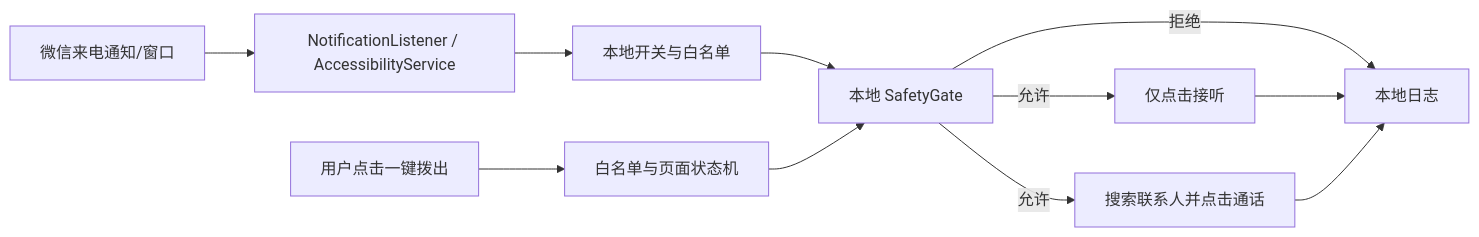
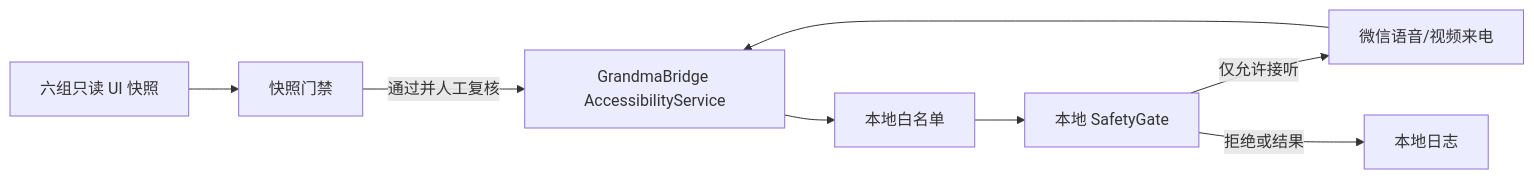
The diagram in README.md (NaritaC/GrandmaCallAgent), drawn with Mermaid before and after one commit. The commit also changed other lines of this file and 22 other files, not shown here.

Commit message:
Add V0-A snapshot safety gate

````diff
--- a/README.md
+++ b/README.md
@@ -23,13 +24,10 @@
 ```mermaid
 flowchart LR
-  A[微信来电通知/窗口] --> B[NotificationListener / AccessibilityService]
-  B --> C[本地开关与白名单]
-  C --> D[本地 SafetyGate]
-  D -->|允许| E[仅点击接听]
-  D -->|拒绝| F[本地日志]
-  G[用户点击一键拨出] --> H[白名单与页面状态机]
-  H --> D
-  D -->|允许| I[搜索联系人并点击通话]
-  E --> F
-  I --> F
+  C[六组只读 UI 快照] --> G[快照门禁]
+  G -->|通过并人工复核| A[GrandmaBridge AccessibilityService]
+  N[微信语音/视频来电] --> A
+  A --> W[本地白名单]
+  W --> S[本地 SafetyGate]
+  S -->|仅允许接听| N
+  S -->|拒绝或结果| L[本地日志]
 ```
````
